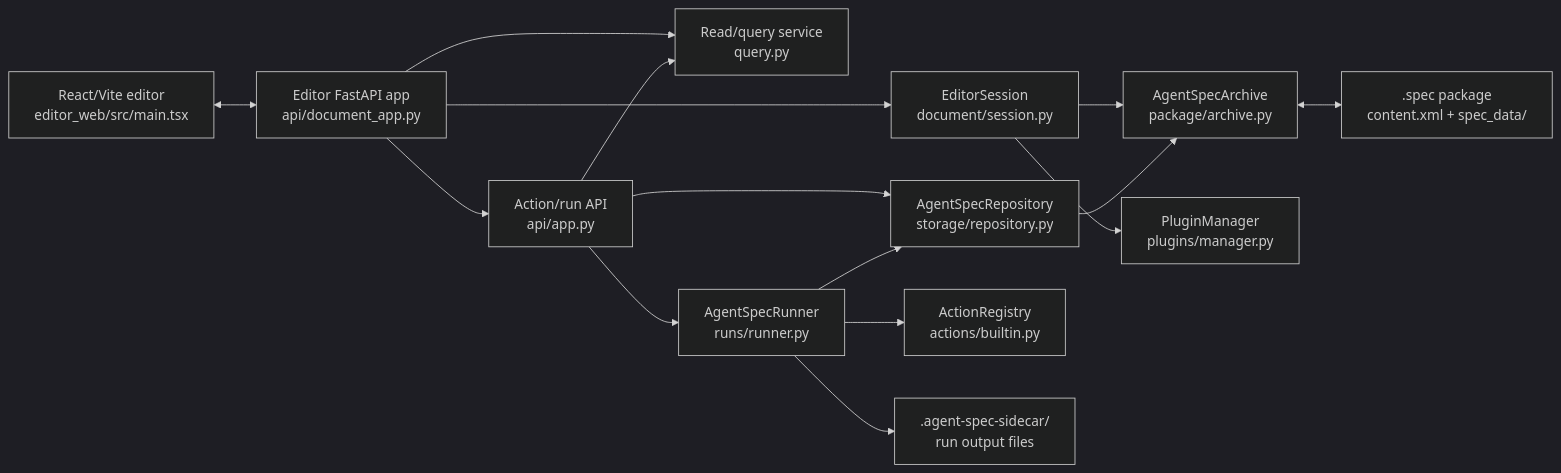
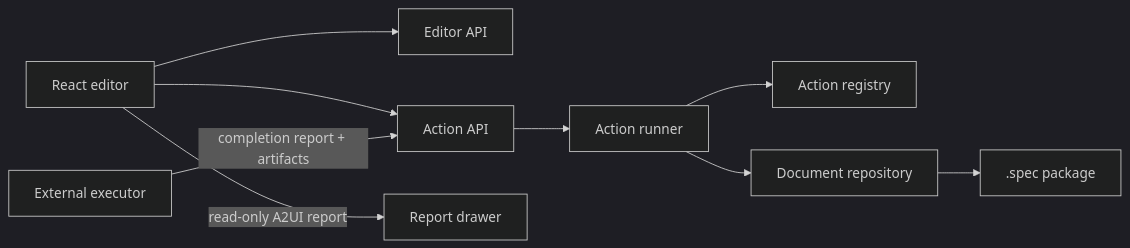
One commit to ankdesh/spec2gds changed the diagram in docs/agent_spec_architecture.md. Above: the diagram before and after it, drawn with Mermaid (dark theme). The commit also changed other lines of this file and 48 other files, not shown here.

````diff
--- a/docs/agent_spec_architecture.md
+++ b/docs/agent_spec_architecture.md
@@ -64,30 +8,11 @@
 ```mermaid
 flowchart LR
-  Web["React/Vite editor\neditor_web/src/main.tsx"]
-  EditorAPI["Editor FastAPI app\napi/document_app.py"]
-  ActionAPI["Action/run API\napi/app.py"]
-  Query["Read/query service\nquery.py"]
-  Session["EditorSession\ndocument/session.py"]
-  Repo["AgentSpecRepository\nstorage/repository.py"]
-  Runner["AgentSpecRunner\nruns/runner.py"]
-  Registry["ActionRegistry\nactions/builtin.py"]
-  Archive["AgentSpecArchive\npackage/archive.py"]
-  Plugins["PluginManager\nplugins/manager.py"]
-  Spec[".spec package\ncontent.xml + spec_data/"]
-  Sidecar[".agent-spec-sidecar/\nrun output files"]
-
-  Web <--> EditorAPI
-  EditorAPI --> Query
-  EditorAPI --> Session
-  EditorAPI --> ActionAPI
-  ActionAPI --> Query
-  ActionAPI --> Repo
-  ActionAPI --> Runner
-  Runner --> Registry
-  Runner --> Repo
-  Session --> Archive
-  Repo --> Archive
-  Session --> Plugins
-  Archive <--> Spec
-  Runner --> Sidecar
+  UI["React editor"] --> EditorAPI["Editor API"]
+  UI --> ActionAPI["Action API"]
+  ActionAPI --> Runner["Action runner"]
+  Runner --> Registry["Action registry"]
+  Runner --> Repo["Document repository"]
+  Executor["External executor"] -->|completion report + artifacts| ActionAPI
+  Repo --> Spec[".spec package"]
+  UI -->|read-only A2UI report| Drawer["Report drawer"]
 ```
````
